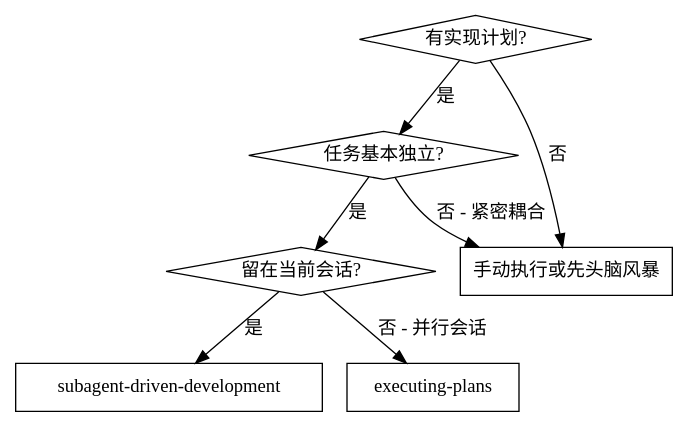
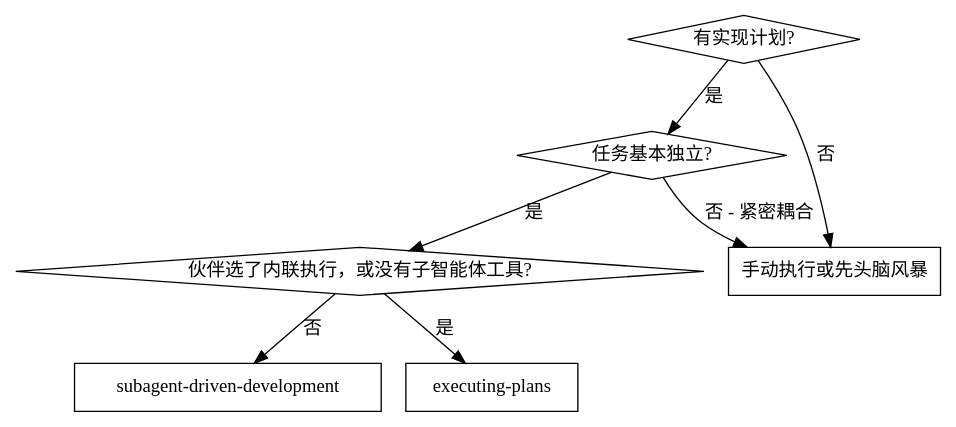
One commit to m0eak/superpowers-zh changed the first of 2 diagrams in dist/lobehub-skills/subagent-driven-development/SKILL.md. Above: the diagram before and after it, drawn with Graphviz. The commit also changed other lines of this file and 56 other files, not shown here.

````diff
--- a/dist/lobehub-skills/subagent-driven-development/SKILL.md
+++ b/dist/lobehub-skills/subagent-driven-development/SKILL.md
@@ -27,17 +27,17 @@
 ```dot
 digraph when_to_use {
     "有实现计划?" [shape=diamond];
     "任务基本独立?" [shape=diamond];
-    "留在当前会话?" [shape=diamond];
+    "伙伴选了内联执行，或没有子智能体工具?" [shape=diamond];
     "subagent-driven-development" [shape=box];
     "executing-plans" [shape=box];
     "手动执行或先头脑风暴" [shape=box];
 
     "有实现计划?" -> "任务基本独立?" [label="是"];
     "有实现计划?" -> "手动执行或先头脑风暴" [label="否"];
-    "任务基本独立?" -> "留在当前会话?" [label="是"];
+    "任务基本独立?" -> "伙伴选了内联执行，或没有子智能体工具?" [label="是"];
     "任务基本独立?" -> "手动执行或先头脑风暴" [label="否 - 紧密耦合"];
-    "留在当前会话?" -> "subagent-driven-development" [label="是"];
-    "留在当前会话?" -> "executing-plans" [label="否 - 并行会话"];
+    "伙伴选了内联执行，或没有子智能体工具?" -> "executing-plans" [label="是"];
+    "伙伴选了内联执行，或没有子智能体工具?" -> "subagent-driven-development" [label="否"];
 }
 ```
````
